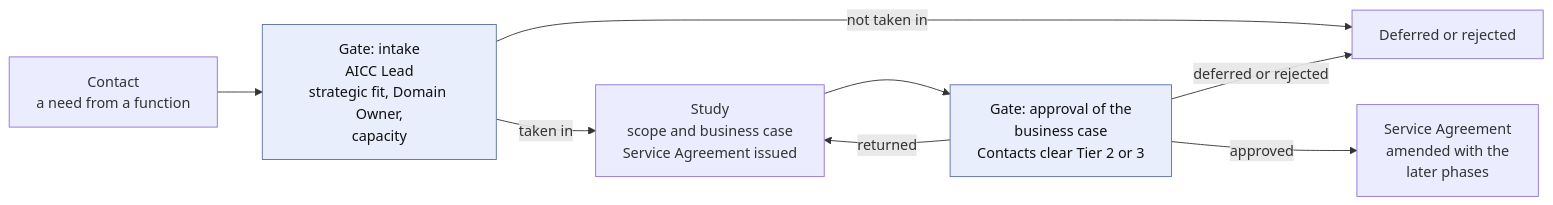
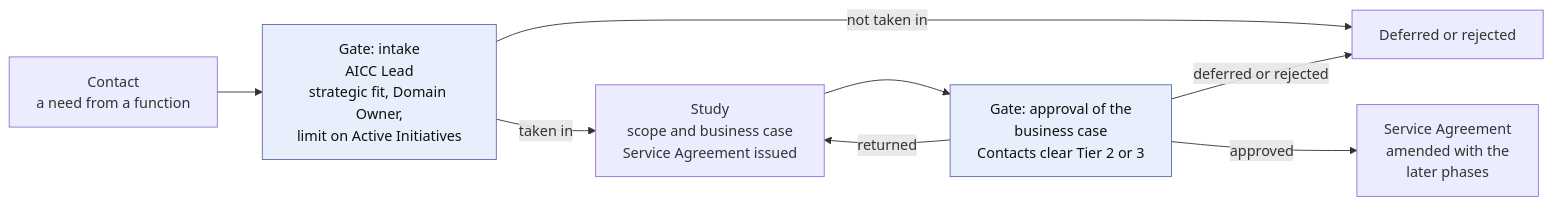
One commit to devhogu/ob-aicc changed the first of 3 diagrams in charter/workflows/engagement.md. Above: the diagram before and after it, drawn with Mermaid. The commit also changed other lines of this file and 690 other files, not shown here.

First line of the commit message:
Charter baseline 1.0, templates and registry at baseline, and the charter site generated from the charter (DR-2026-060, DR-2026-061)

````diff
--- a/charter/workflows/engagement.md
+++ b/charter/workflows/engagement.md
@@ -15,12 +15,12 @@
 ```mermaid
 flowchart LR
-  C["Contact<br/>a need from a function"] --> IN["Gate: intake<br/>AICC Lead<br/>strategic fit, Domain Owner,<br/>capacity"]
+  C["Contact<br/>a need from a function"] --> IN["Gate: intake<br/>AICC Lead<br/>strategic fit, Domain Owner,<br/>limit on Active Initiatives"]
   IN -->|"taken in"| ST["Study<br/>scope and business case<br/>Service Agreement issued"]
   IN -->|"not taken in"| DR["Deferred or rejected"]
   ST --> AP["Gate: approval of the<br/>business case<br/>Contacts clear Tier 2 or 3"]
   AP -->|"returned"| ST
   AP -->|"deferred or rejected"| DR
   AP -->|"approved"| SA["Service Agreement<br/>amended with the<br/>later phases"]
   classDef gate fill:#e8eefc,stroke:#5a6fa8,color:#111
   class IN,AP gate
 ```
````
